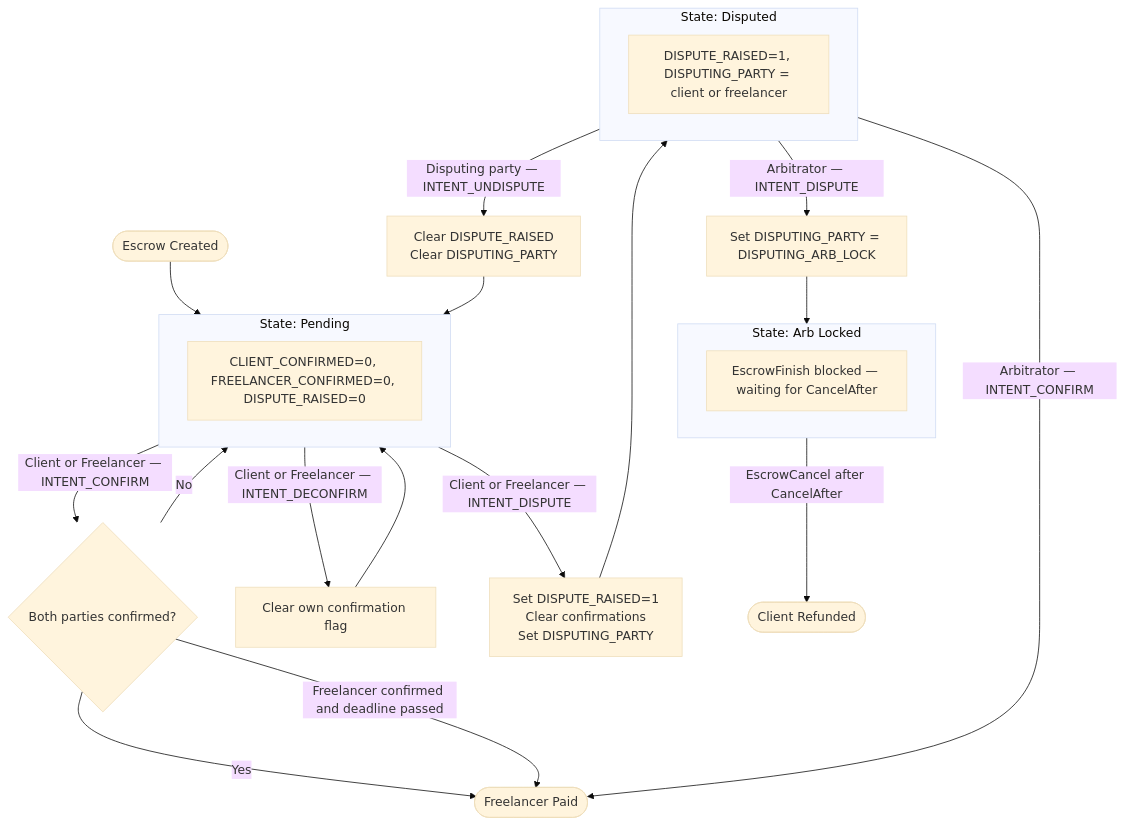
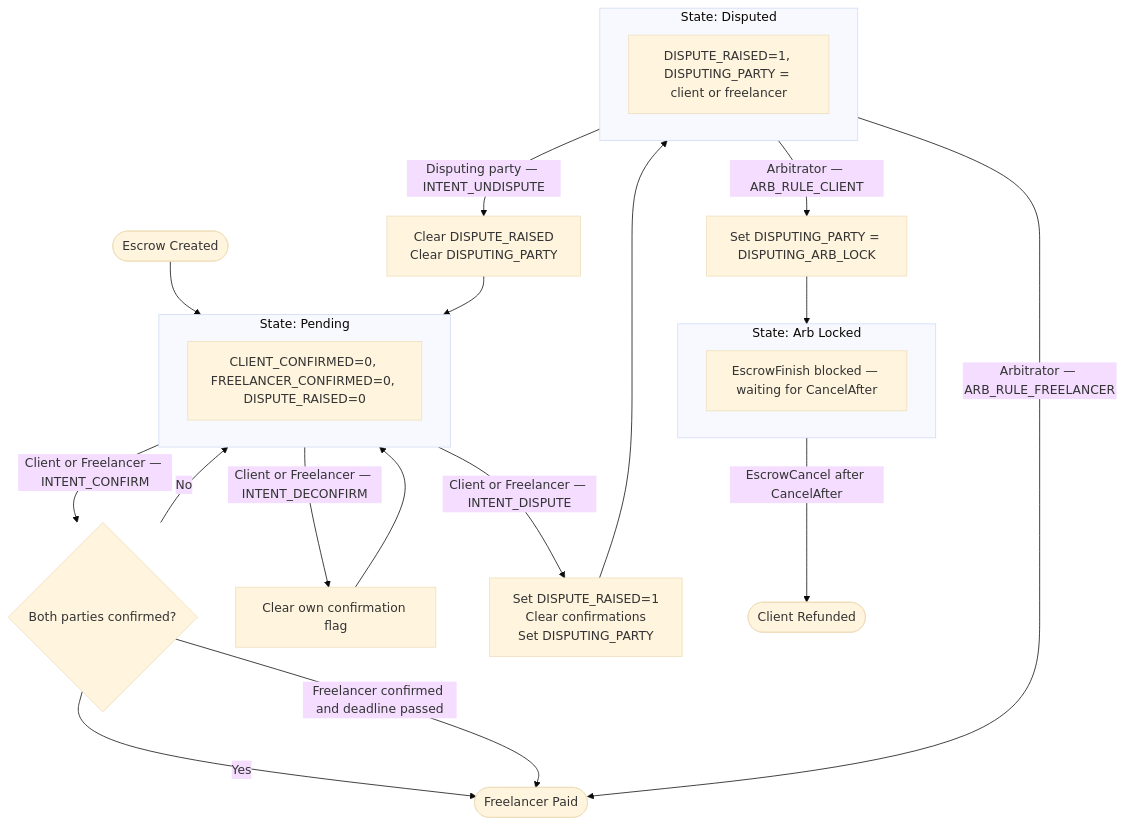
One commit to ripple/xrpl-wasm-stdlib changed the second of 3 diagrams in examples/smart-escrows/freelancer_escrow/DIAGRAMS.md. Above: the diagram before and after it, drawn with Mermaid (base theme). The commit also changed other lines of this file and 1 other file, not shown here.

````diff
--- a/examples/smart-escrows/freelancer_escrow/DIAGRAMS.md
+++ b/examples/smart-escrows/freelancer_escrow/DIAGRAMS.md
@@ -5,40 +22,40 @@
 ```mermaid
 flowchart TD
     START([Escrow Created])
     START --> PENDING
 
     subgraph PENDING["State: Pending"]
         P[CLIENT_CONFIRMED=0, FREELANCER_CONFIRMED=0, DISPUTE_RAISED=0]
     end
 
     PENDING -->|Client or Freelancer — INTENT_CONFIRM| CONFIRM{Both parties confirmed?}
     PENDING -->|Client or Freelancer — INTENT_DECONFIRM| DECONFIRM[Clear own confirmation flag]
     PENDING -->|Client or Freelancer — INTENT_DISPUTE| RAISE[Set DISPUTE_RAISED=1\nClear confirmations\nSet DISPUTING_PARTY]
 
     DECONFIRM --> PENDING
     CONFIRM -->|Yes| PAID
     CONFIRM -->|Freelancer confirmed and deadline passed| PAID
     CONFIRM -->|No| PENDING
 
     RAISE --> DISPUTED
 
     subgraph DISPUTED["State: Disputed"]
         D[DISPUTE_RAISED=1, DISPUTING_PARTY = client or freelancer]
     end
 
     DISPUTED -->|Disputing party — INTENT_UNDISPUTE| WITHDRAW[Clear DISPUTE_RAISED\nClear DISPUTING_PARTY]
     WITHDRAW --> PENDING
-    DISPUTED -->|Arbitrator — INTENT_CONFIRM| PAID
-    DISPUTED -->|Arbitrator — INTENT_DISPUTE| LOCK[Set DISPUTING_PARTY = DISPUTING_ARB_LOCK]
+    DISPUTED -->|Arbitrator — ARB_RULE_FREELANCER| PAID
+    DISPUTED -->|Arbitrator — ARB_RULE_CLIENT| LOCK[Set DISPUTING_PARTY = DISPUTING_ARB_LOCK]
 
     LOCK --> LOCKED
 
     subgraph LOCKED["State: Arb Locked"]
         L[EscrowFinish blocked — waiting for CancelAfter]
     end
 
     LOCKED -->|EscrowCancel after CancelAfter| REFUNDED
 
     PAID([Freelancer Paid])
     REFUNDED([Client Refunded])
 ```
````
